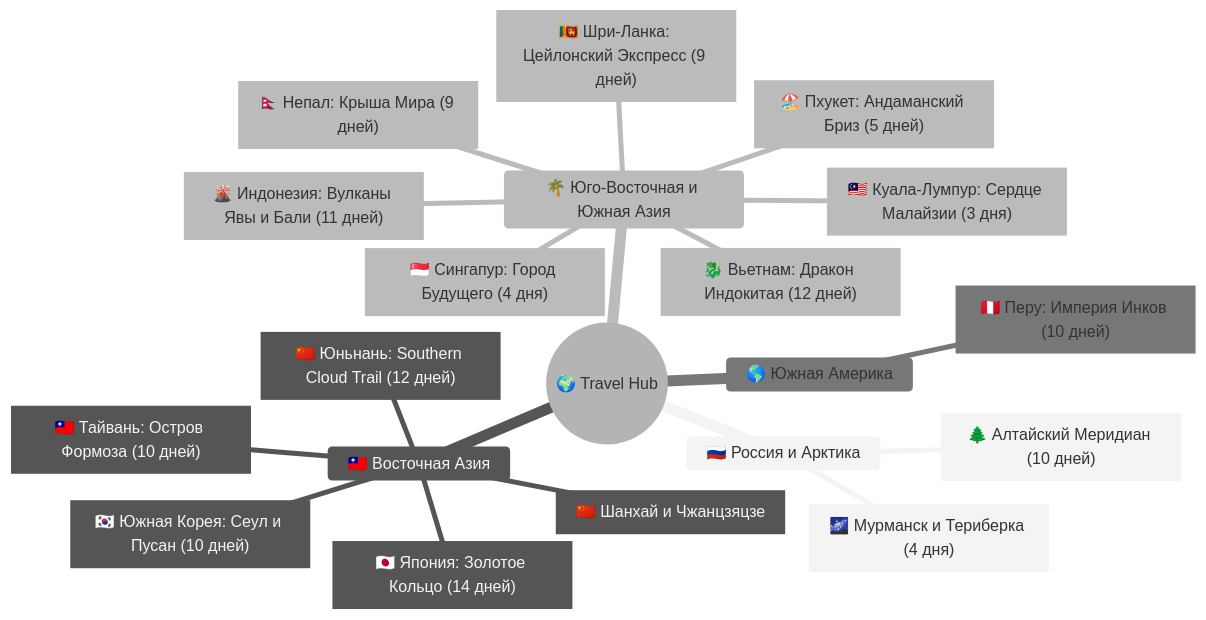
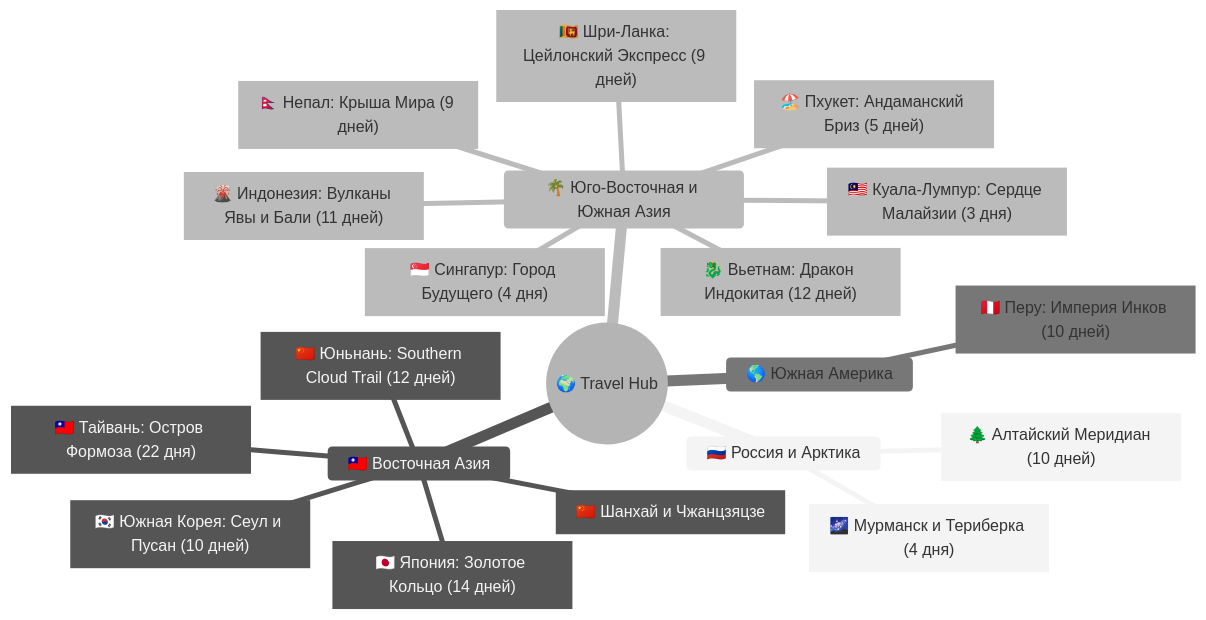
One commit to injurka/obsidian-mark changed the diagram in Personal Note/Travel/Travel.md. Above: the diagram before and after it, drawn with Mermaid (neutral theme). The commit also changed other lines of this file and 43 other files, not shown here.

````diff
--- a/Personal Note/Travel/Travel.md
+++ b/Personal Note/Travel/Travel.md
@@ -5,23 +5,23 @@
 ```mermaid
 mindmap
   root((🌍 Travel Hub))
     🇷🇺 Россия и Арктика
       ["🌲 Алтайский Меридиан (10 дней)"]
       ["🌌 Мурманск и Териберка (4 дня)"]
     🇹🇼 Восточная Азия
       ["🇯🇵 Япония: Золотое Кольцо (14 дней)"]
-      ["🇹🇼 Тайвань: Остров Формоза (10 дней)"]
+      ["🇹🇼 Тайвань: Остров Формоза (22 дня)"]
       ["🇰🇷 Южная Корея: Сеул и Пусан (10 дней)"]
       ["🇨🇳 Юньнань: Southern Cloud Trail (12 дней)"]
       ["🇨🇳 Шанхай и Чжанцзяцзе"]
     🌴 Юго-Восточная и Южная Азия
       ["🇳🇵 Непал: Крыша Мира (9 дней)"]
       ["🇱🇰 Шри-Ланка: Цейлонский Экспресс (9 дней)"]
       ["🌋 Индонезия: Вулканы Явы и Бали (11 дней)"]
       ["🐉 Вьетнам: Дракон Индокитая (12 дней)"]
       ["🏖️ Пхукет: Андаманский Бриз (5 дней)"]
       ["🇸🇬 Сингапур: Город Будущего (4 дня)"]
       ["🇲🇾 Куала-Лумпур: Сердце Малайзии (3 дня)"]
     🌎 Южная Америка
       ["🇵🇪 Перу: Империя Инков (10 дней)"]
 ```
````
